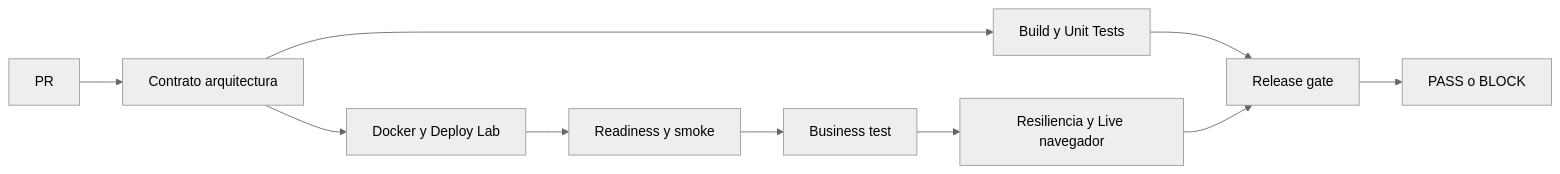
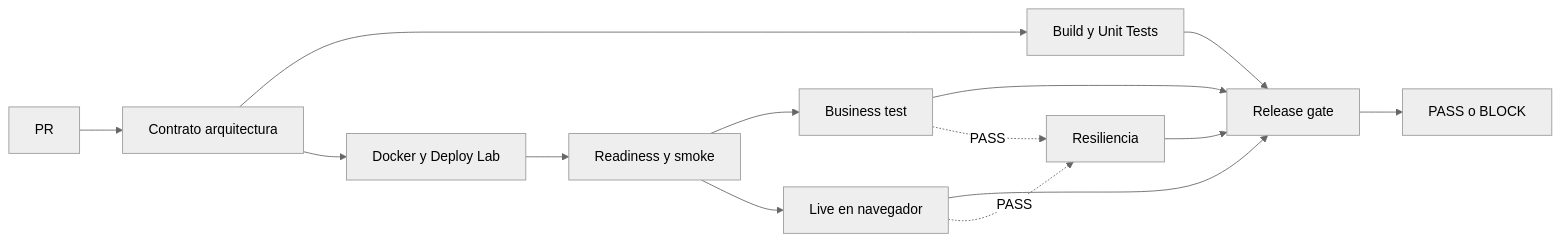
One commit to VillaforTech/BANKPULSE-V2.1-LAB2-REFERENCE changed the diagram in docs/deber-01.md. Above: the diagram before and after it, drawn with Mermaid (neutral theme). The commit also changed other lines of this file and 33 other files, not shown here.

````diff
--- a/docs/deber-01.md
+++ b/docs/deber-01.md
@@ -19,12 +19,16 @@
 ```mermaid
 flowchart LR
  PR[PR] --> A[Contrato arquitectura]
  A --> U[Build y Unit Tests]
  A --> D[Docker y Deploy Lab]
  D --> S[Readiness y smoke]
  S --> B[Business test]
- B --> R[Resiliencia y Live navegador]
- U --> G[Release gate]
+ S --> V[Live en navegador]
+ B --> G[Release gate]
+ V --> G
+ B -. PASS .-> R[Resiliencia]
+ V -. PASS .-> R
+ U --> G
  R --> G
  G --> P[PASS o BLOCK]
 ```
````
